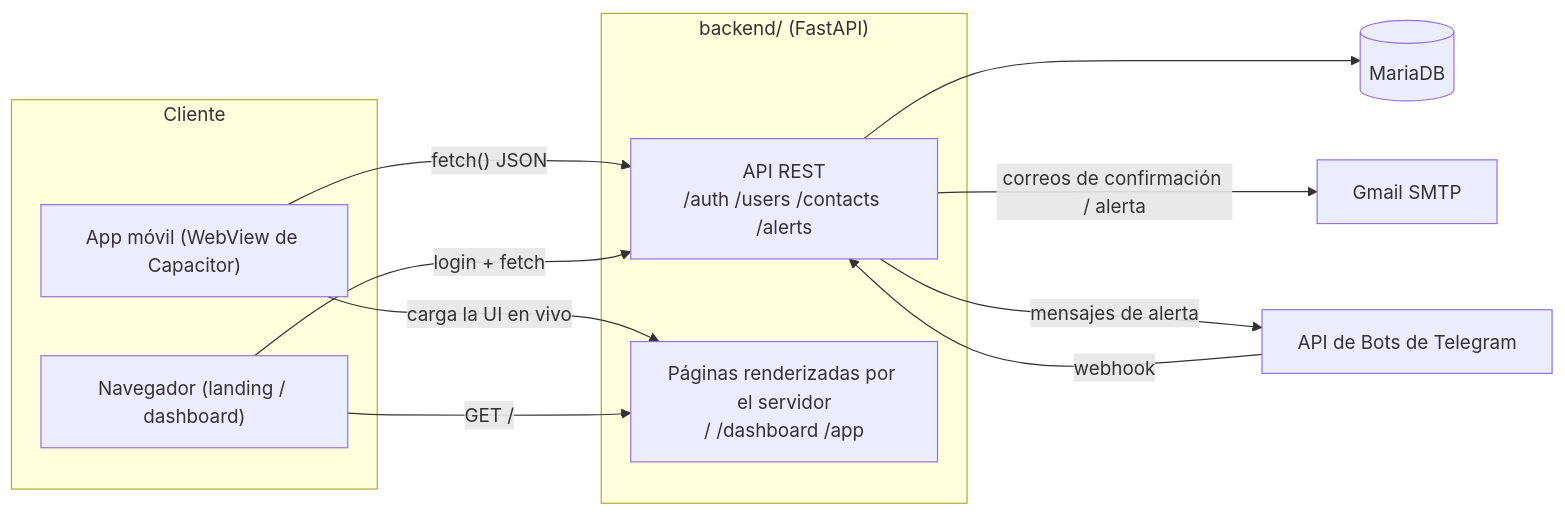
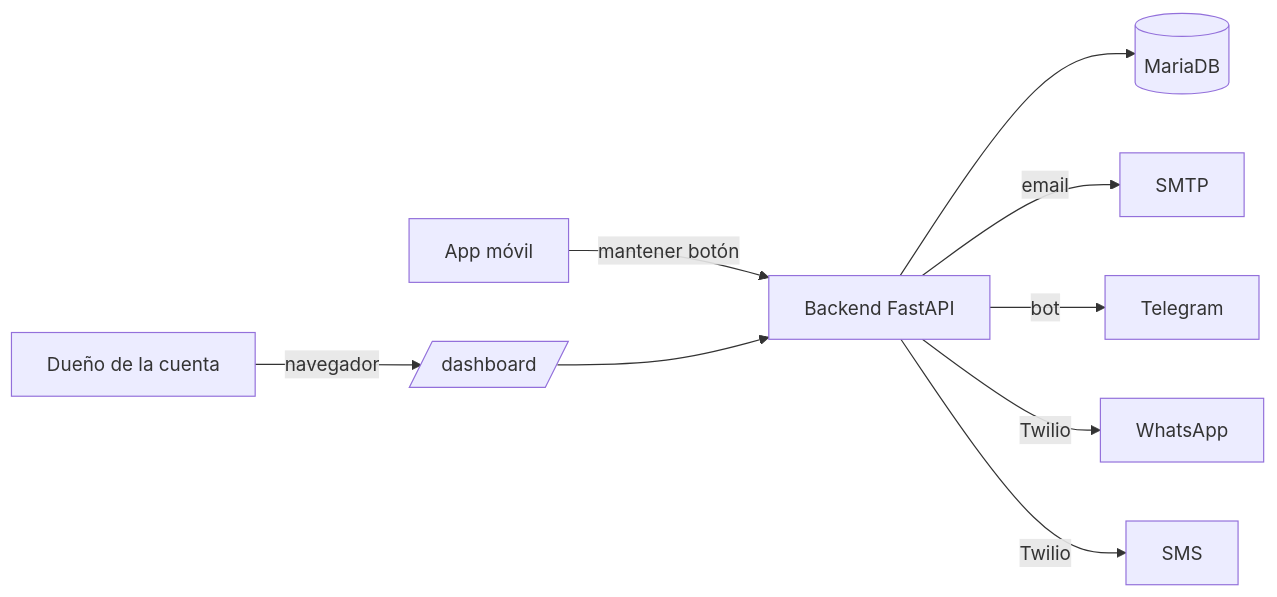
The diagram in docs/es/README.md (skellent/iOS-compiler), drawn with Mermaid before and after one commit. The commit also changed other lines of this file and 25 other files, not shown here.

````diff
--- a/docs/es/README.md
+++ b/docs/es/README.md
@@ -9,25 +32,11 @@
 ```mermaid
 flowchart LR
-    subgraph Cliente
-        App["App móvil (WebView de Capacitor)"]
-        Browser["Navegador (landing / dashboard)"]
-    end
-
-    subgraph Servidor["backend/ (FastAPI)"]
-        API["API REST\n/auth /users /contacts /alerts"]
-        Web["Páginas renderizadas por el servidor\n/ /dashboard /app"]
-    end
-
-    DB[(MariaDB)]
-    SMTP["Gmail SMTP"]
-    TG["API de Bots de Telegram"]
-
-    App -- "fetch() JSON" --> API
-    App -- "carga la UI en vivo" --> Web
-    Browser -- "GET /" --> Web
-    Browser -- "login + fetch" --> API
-    API --> DB
-    API -- "correos de confirmación / alerta" --> SMTP
-    API -- "mensajes de alerta" --> TG
-    TG -- "webhook" --> API
+    App[App móvil] -- "mantener botón" --> API[Backend FastAPI]
+    API --> DB[(MariaDB)]
+    API -- email --> Email[SMTP]
+    API -- bot --> TG[Telegram]
+    API -- Twilio --> WA[WhatsApp]
+    API -- Twilio --> SMS[SMS]
+    Owner[Dueño de la cuenta] -- navegador --> Dash[/dashboard/]
+    Dash --> API
 ```
````
